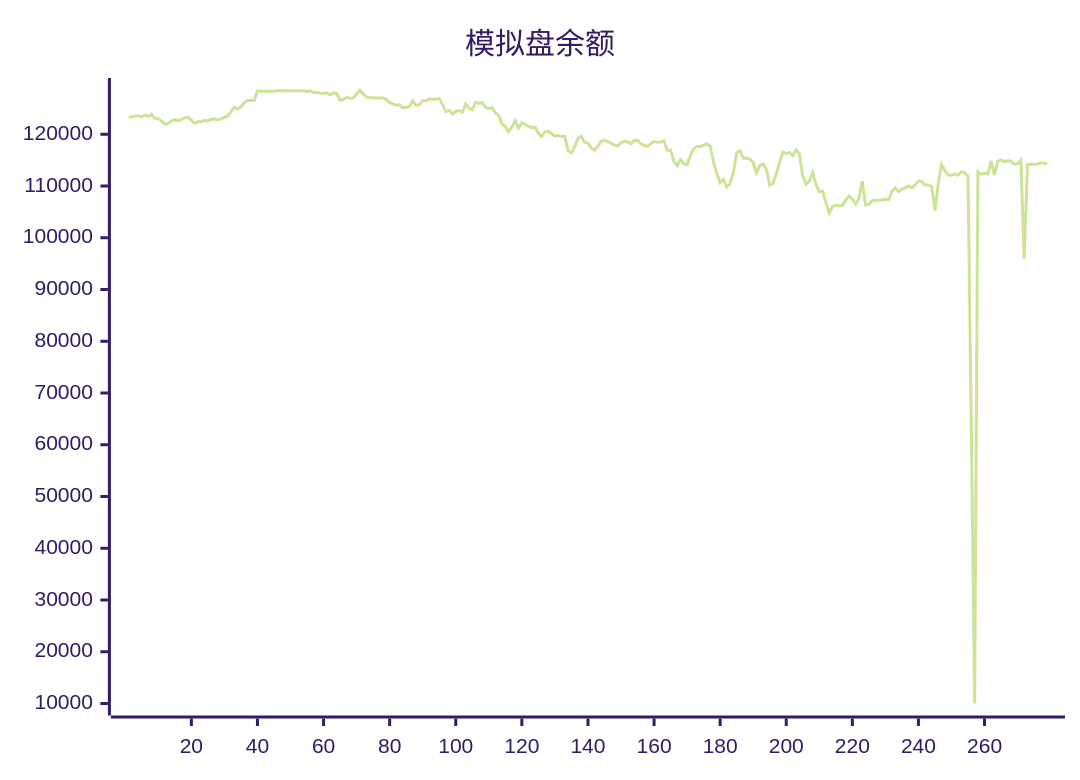
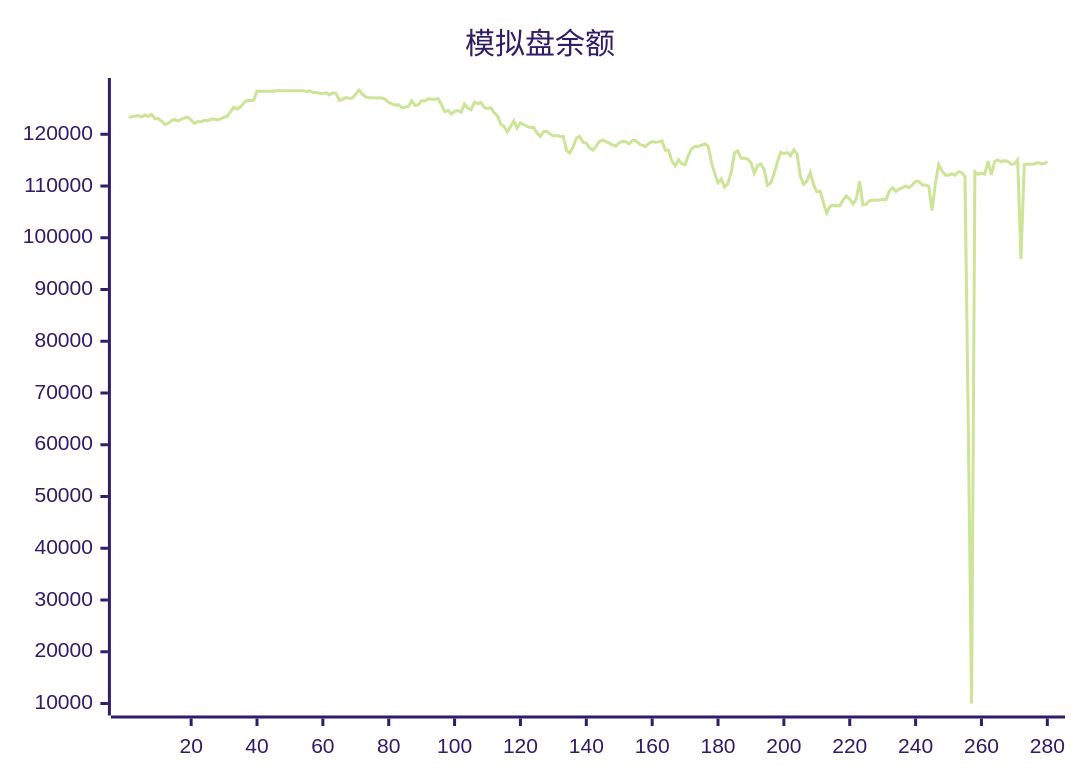
One commit to aahl/ai-trading changed the diagram in README.md. Above: the diagram before and after it, drawn with Mermaid (forest theme). The commit also changed other lines of this file and 1 other file, not shown here.

Commit message:
📈 Auto Trading Result

````diff
--- a/README.md
+++ b/README.md
@@ -5,5 +5,5 @@
 ```mermaid
 xychart
     title "模拟盘余额"
-    line [123338,123402,123530,123592,123378,123745,123413,123853,123009,123040,122557,121938,122095,122599,122856,122597,122898,123160,123319,122719,122087,122454,122416,122685,122592,122907,122961,122776,122981,123295,123507,124403,125224,124894,125303,126088,126544,126534,126549,128335,128318,128318,128318,128318,128318,128424,128424,128424,128424,128424,128424,128424,128424,128424,128247,128412,128062,128087,127917,127901,128026,127611,128000,127850,126572,126770,127100,126971,127029,127783,128554,127765,127224,127064,127044,127009,127025,127004,126738,126152,125871,125635,125707,125117,125217,125420,126480,125545,125715,126511,126424,126856,126764,126788,126890,125710,124381,124632,123936,124402,124574,124256,125833,125070,124739,126154,125966,126145,125213,124943,125143,124157,123604,121959,121476,120476,121470,122610,121201,122221,121889,121522,121332,121344,120232,119559,120513,120577,120108,119680,119777,119572,119568,116839,116392,117573,119250,119585,118469,118277,117338,116897,117706,118628,118849,118579,118280,117926,117735,118373,118639,118544,118136,118798,118819,118162,117874,117649,118215,118601,118463,118517,118713,116911,116899,114798,113887,115084,114313,114091,115934,117221,117658,117658,117883,118164,117693,114632,112403,110644,111313,109777,110444,112673,116419,116772,115355,115355,115198,114476,112510,113954,114276,113223,110151,110561,112361,114562,116522,116265,116500,115845,117000,116199,111887,110306,110942,112588,110318,108891,109011,106814,104811,106038,106327,106201,106180,107315,108068,107463,106528,107530,110941,106346,106482,107161,107268,107270,107302,107426,107340,108985,109681,108962,109404,109645,110030,109680,110214,110918,110897,110215,110212,109962,105235,110525,114151,112895,112137,112083,112329,112094,112784,112613,111829,63445,10000,112734,112268,112496,112313,114832,112156,114730,115058,114728,114866,114804,114208,114302,115037,95891,114128,114227,114228,114267,114494,114335,114299]
+    line [123338,123402,123530,123592,123378,123745,123413,123853,123009,123040,122557,121938,122095,122599,122856,122597,122898,123160,123319,122719,122087,122454,122416,122685,122592,122907,122961,122776,122981,123295,123507,124403,125224,124894,125303,126088,126544,126534,126549,128335,128318,128318,128318,128318,128318,128424,128424,128424,128424,128424,128424,128424,128424,128424,128247,128412,128062,128087,127917,127901,128026,127611,128000,127850,126572,126770,127100,126971,127029,127783,128554,127765,127224,127064,127044,127009,127025,127004,126738,126152,125871,125635,125707,125117,125217,125420,126480,125545,125715,126511,126424,126856,126764,126788,126890,125710,124381,124632,123936,124402,124574,124256,125833,125070,124739,126154,125966,126145,125213,124943,125143,124157,123604,121959,121476,120476,121470,122610,121201,122221,121889,121522,121332,121344,120232,119559,120513,120577,120108,119680,119777,119572,119568,116839,116392,117573,119250,119585,118469,118277,117338,116897,117706,118628,118849,118579,118280,117926,117735,118373,118639,118544,118136,118798,118819,118162,117874,117649,118215,118601,118463,118517,118713,116911,116899,114798,113887,115084,114313,114091,115934,117221,117658,117658,117883,118164,117693,114632,112403,110644,111313,109777,110444,112673,116419,116772,115355,115355,115198,114476,112510,113954,114276,113223,110151,110561,112361,114562,116522,116265,116500,115845,117000,116199,111887,110306,110942,112588,110318,108891,109011,106814,104811,106038,106327,106201,106180,107315,108068,107463,106528,107530,110941,106346,106482,107161,107268,107270,107302,107426,107340,108985,109681,108962,109404,109645,110030,109680,110214,110918,110897,110215,110212,109962,105235,110525,114151,112895,112137,112083,112329,112094,112784,112613,111829,63445,10000,112734,112268,112496,112313,114832,112156,114730,115058,114728,114866,114804,114208,114302,115037,95891,114128,114227,114228,114267,114494,114335,114299,114745]
 ```
````
